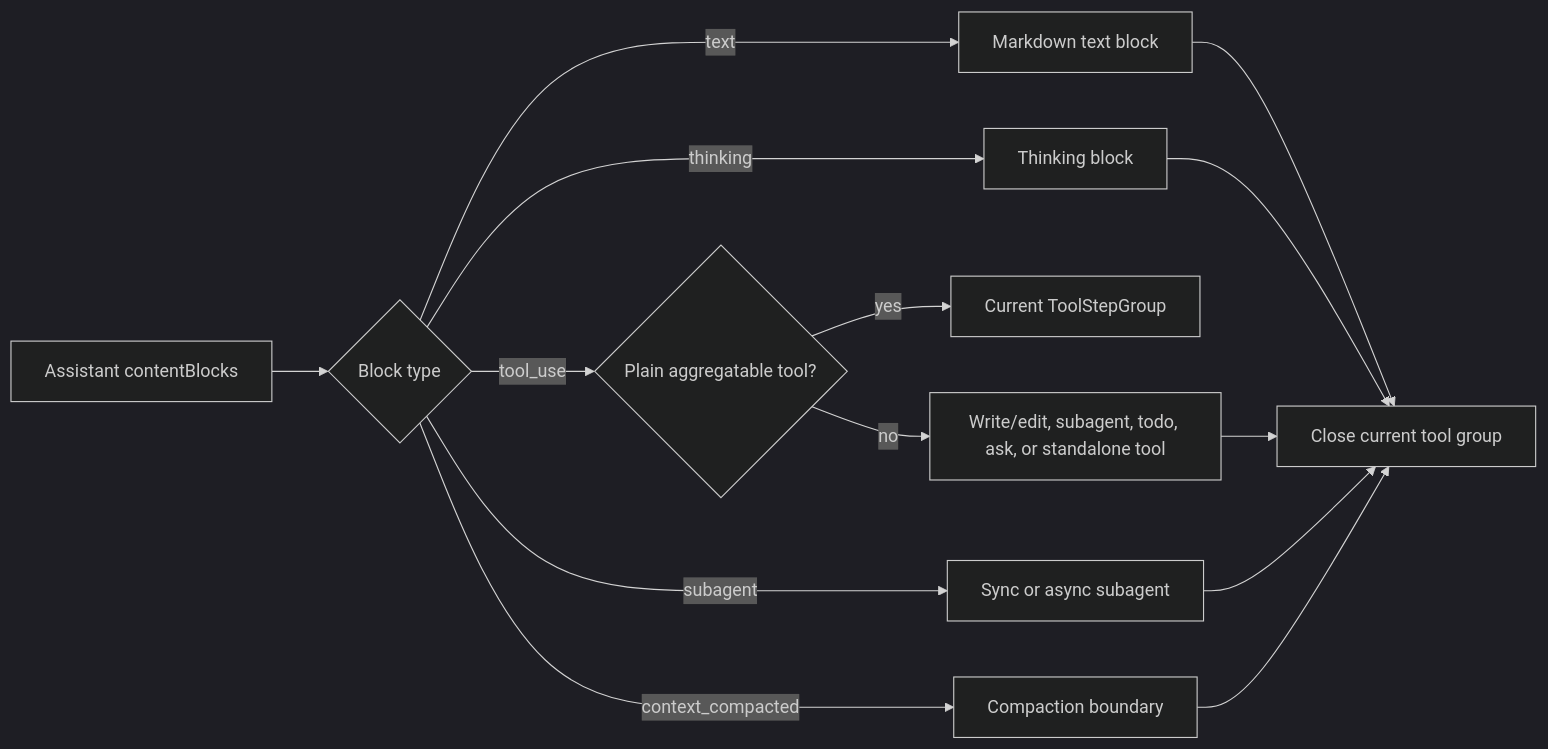
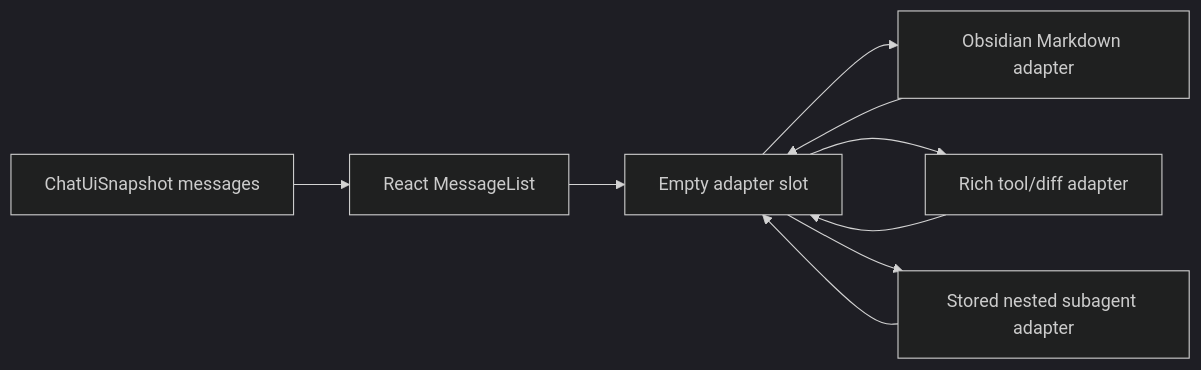
Before and after one commit to shuuul/obsidian-pivi: the diagram in src/ui/chat/rendering/AGENTS.md, drawn with Mermaid (dark theme). The commit also changed other lines of this file and 405 other files, not shown here.

First line of the commit message:
feat(obsidian-ui): migrate chat surfaces to React with HEAD parity

````diff
--- a/src/ui/chat/rendering/AGENTS.md
+++ b/src/ui/chat/rendering/AGENTS.md
@@ -49,16 +11,11 @@
 ```mermaid
 flowchart LR
-  Blocks["Assistant contentBlocks"] --> Dispatch{"Block type"}
-  Dispatch -->|text| Markdown["Markdown text block"]
-  Dispatch -->|thinking| Think["Thinking block"]
-  Dispatch -->|tool_use| Classify{"Plain aggregatable tool?"}
-  Classify -->|yes| Group["Current ToolStepGroup"]
-  Classify -->|no| Specialized["Write/edit, subagent, todo, ask, or standalone tool"]
-  Dispatch -->|subagent| Subagent["Sync or async subagent"]
-  Dispatch -->|context_compacted| Boundary["Compaction boundary"]
-  Markdown --> Close["Close current tool group"]
-  Think --> Close
-  Specialized --> Close
-  Subagent --> Close
-  Boundary --> Close
+  State["ChatUiSnapshot messages"] --> React["React MessageList"]
+  React --> Slot["Empty adapter slot"]
+  Slot --> Markdown["Obsidian Markdown adapter"]
+  Slot --> Tool["Rich tool/diff adapter"]
+  Slot --> Subagent["Stored nested subagent adapter"]
+  Markdown --> Slot
+  Tool --> Slot
+  Subagent --> Slot
 ```
````
